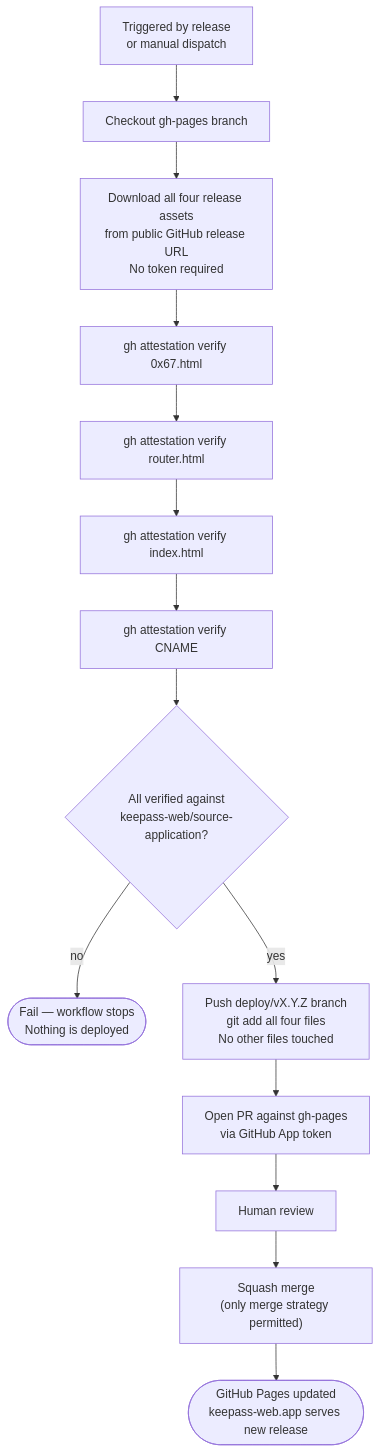
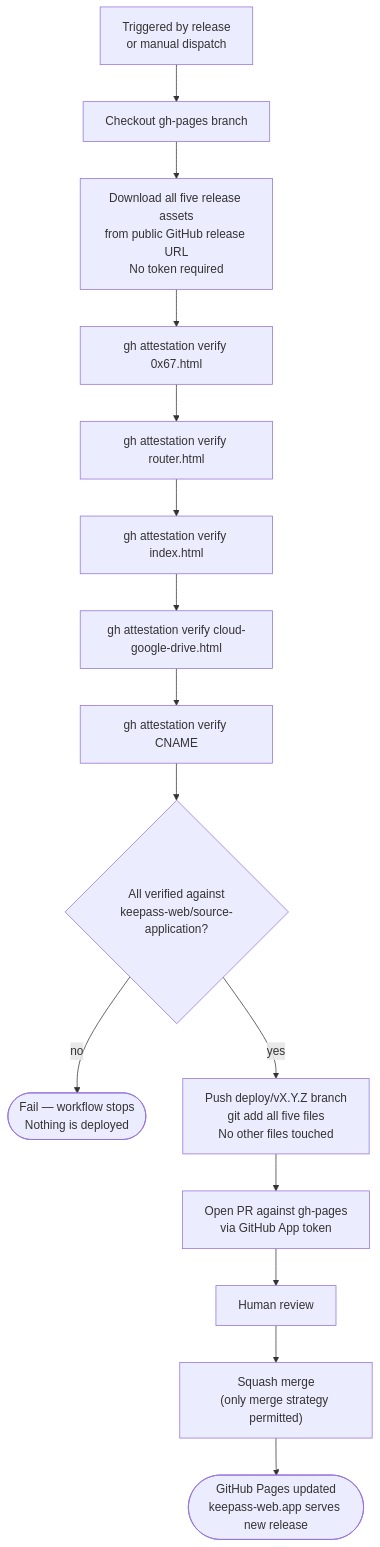
Before and after one commit to keepass-web/source-application: the fourth of 4 diagrams in docs/PIPELINE.md, drawn with Mermaid. The commit also changed other lines of this file and 22 other files, not shown here.

````diff
--- a/docs/PIPELINE.md
+++ b/docs/PIPELINE.md
@@ -115,17 +115,18 @@
 ```mermaid
 flowchart TD
     TRIG["Triggered by release\nor manual dispatch"]
     TRIG --> CKO2["Checkout gh-pages branch"]
-    CKO2 --> DL["Download all four release assets\nfrom public GitHub release URL\nNo token required"]
+    CKO2 --> DL["Download all five release assets\nfrom public GitHub release URL\nNo token required"]
     DL --> V1["gh attestation verify 0x67.html"]
     V1 --> V2["gh attestation verify router.html"]
     V2 --> V3["gh attestation verify index.html"]
-    V3 --> V4["gh attestation verify CNAME"]
+    V3 --> V3b["gh attestation verify cloud-google-drive.html"]
+    V3b --> V4["gh attestation verify CNAME"]
     V4 --> OK{"All verified against\nkeepass-web/source-application?"}
     OK -->|no| FAIL(["Fail — workflow stops\nNothing is deployed"])
-    OK -->|yes| PUSH["Push deploy/vX.Y.Z branch\ngit add all four files\nNo other files touched"]
+    OK -->|yes| PUSH["Push deploy/vX.Y.Z branch\ngit add all five files\nNo other files touched"]
     PUSH --> PR["Open PR against gh-pages\nvia GitHub App token"]
     PR --> HUMAN["Human review"]
     HUMAN --> MERGE["Squash merge\n(only merge strategy permitted)"]
     MERGE --> PAGES(["GitHub Pages updated\nkeepass-web.app serves new release"])
 ```
````
